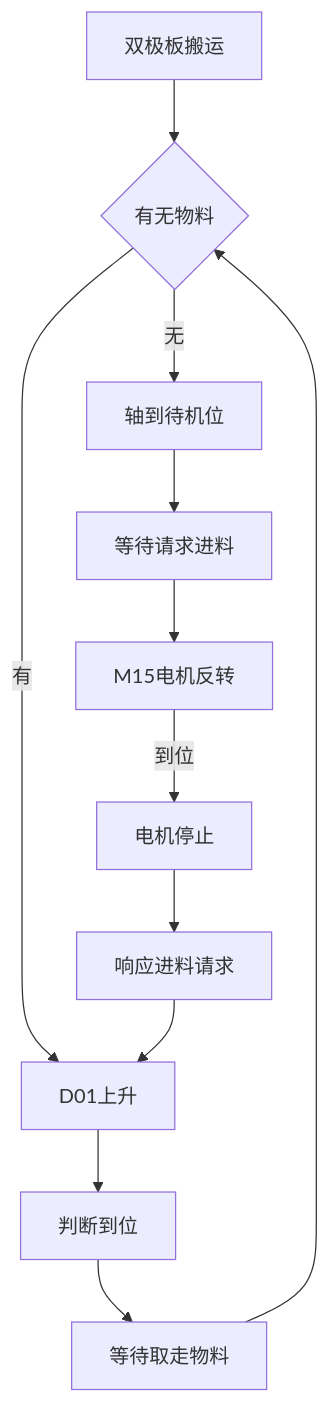
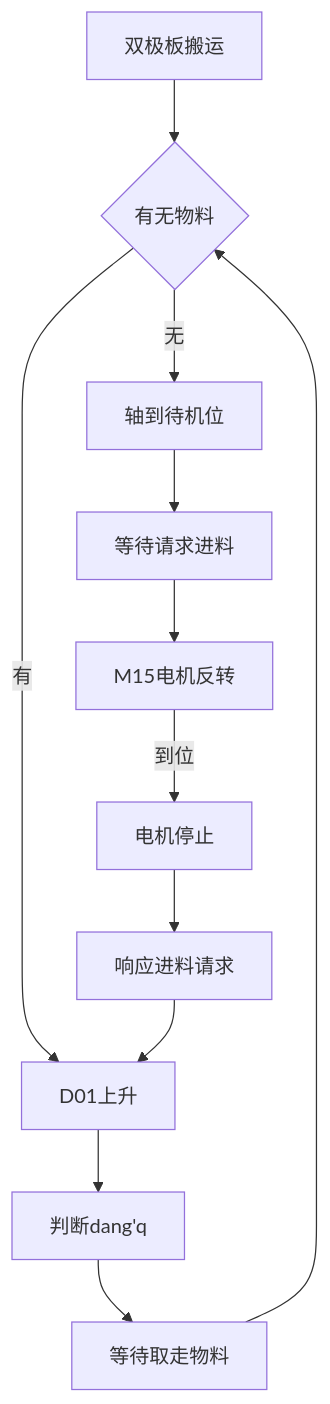
The diagram in all/未命名-1.md (PengKun1/iodraw-files), drawn with Mermaid before and after one commit.

Commit message:
2024-08-20 11:04:13 update

````diff
--- a/all/未命名-1.md
+++ b/all/未命名-1.md
@@ -1,14 +1,14 @@
 ```mermaid
 graph TD
 0[双极板搬运]-->10
 10{有无物料}-->|无|20
 10-->|有|70
 20[轴到待机位]-->30
 30[等待请求进料]-->40
 40[M15电机反转]-->|到位|50
 50[电机停止]-->60
 60[响应进料请求]-->70
 70[D01上升]-->80
-80[判断到位]-->90
+80[判断dang'q]-->90
 90[等待取走物料]-->10
 ```
````
